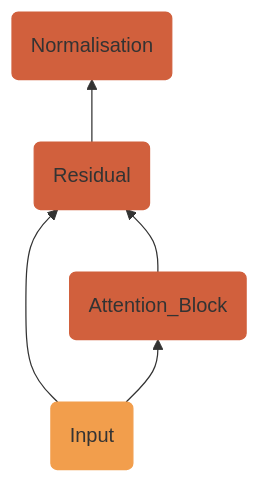
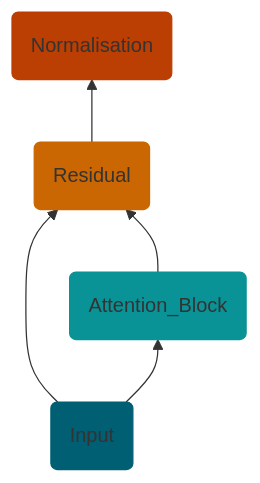
One commit to bl0nder/makespeare changed the first of 2 diagrams in README.md. Above: the diagram before and after it, drawn with Mermaid. The commit also changed other lines of this file, not shown here.

````diff
--- a/README.md
+++ b/README.md
@@ -96,11 +94,11 @@
 ```mermaid
 graph BT;
 id1(Input) --> id2(Attention_Block)
 id1(Input) --> id3(Residual)
 id2(Attention_Block) --> id3(Residual)
 id3(Residual) --> id4(Normalisation)
-style id1 fill:#F29E4C, stroke:#F29E4C
-style id2 fill:#D1603D, stroke:#D1603D
-style id3 fill:#D1603D, stroke:#D1603D
-style id4 fill:#D1603D, stroke:#D1603D
+style id1 fill:#005f73, stroke:#005f73
+style id2 fill:#0a9396, stroke:#0a9396
+style id3 fill:#ca6702, stroke:#ca6702
+style id4 fill:#bb3e03, stroke:#bb3e03
 ```
````
